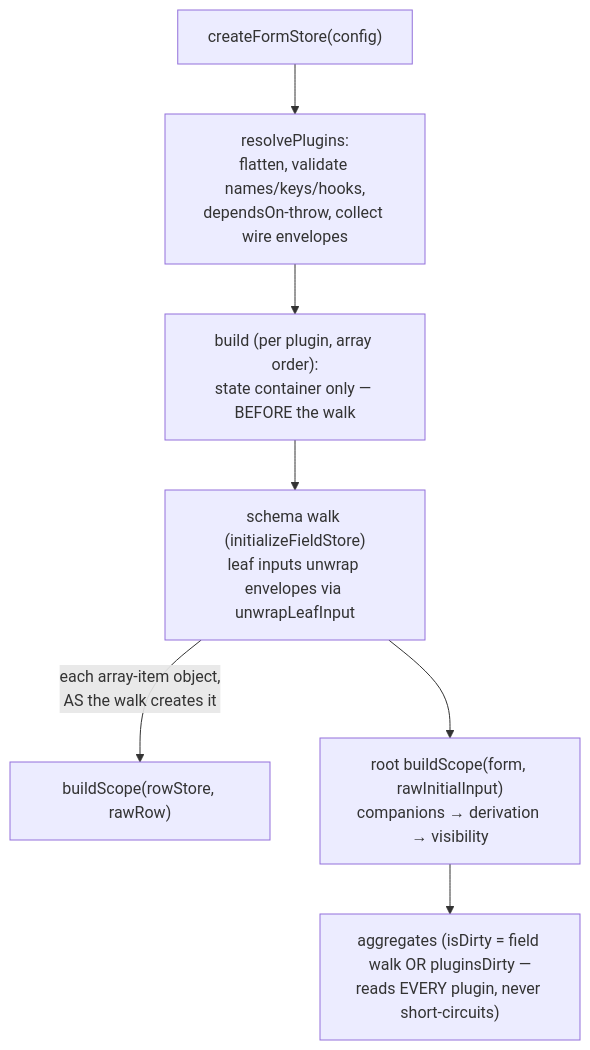
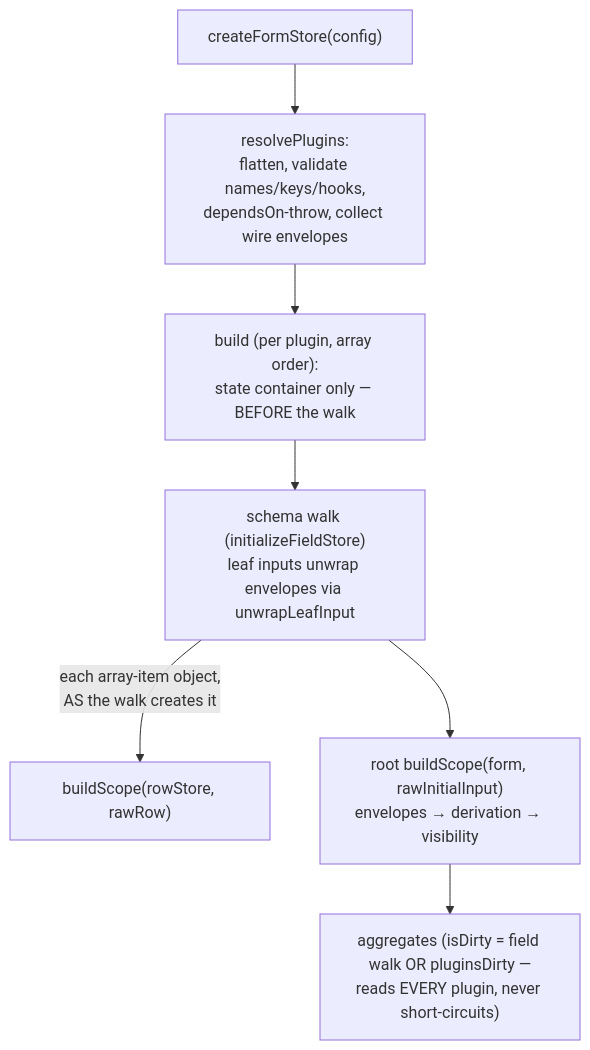
The diagram in docs/plugin-lifecycle.md (andrew310/jsonisch), drawn with Mermaid before and after one commit. The commit also changed other lines of this file and 29 other files, not shown here.

First line of the commit message:
refactor(jsonisch): rename companions plugin to envelopes

````diff
--- a/docs/plugin-lifecycle.md
+++ b/docs/plugin-lifecycle.md
@@ -12,9 +12,9 @@
 ```mermaid
 flowchart TD
   A["createFormStore(config)"] --> B["resolvePlugins:<br/>flatten, validate names/keys/hooks,<br/>dependsOn-throw, collect wire envelopes"]
   B --> C["build (per plugin, array order):<br/>state container only — BEFORE the walk"]
   C --> D["schema walk (initializeFieldStore)<br/>leaf inputs unwrap envelopes via unwrapLeafInput"]
   D -- "each array-item object,<br/>AS the walk creates it" --> E["buildScope(rowStore, rawRow)"]
-  D --> F["root buildScope(form, rawInitialInput)<br/>companions → derivation → visibility"]
+  D --> F["root buildScope(form, rawInitialInput)<br/>envelopes → derivation → visibility"]
   F --> G["aggregates (isDirty = field walk OR pluginsDirty —<br/>reads EVERY plugin, never short-circuits)"]
 ```
````
